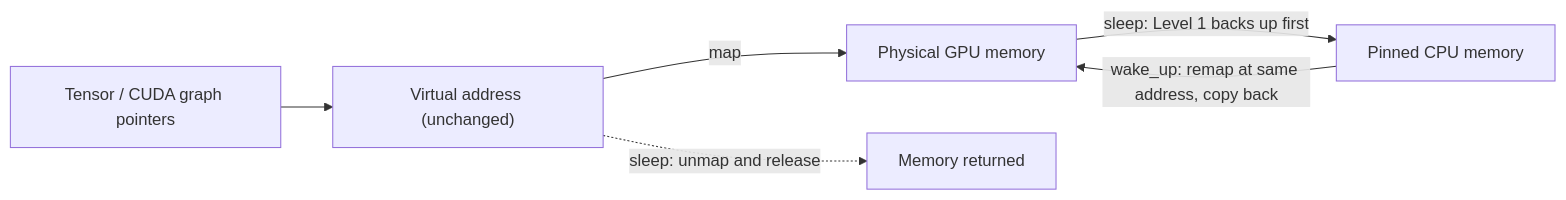
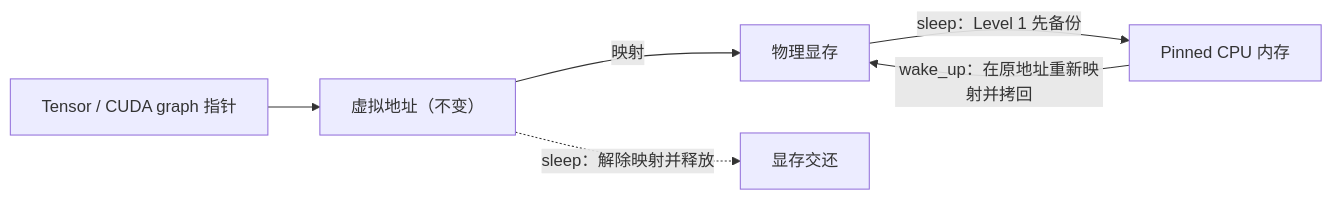
Before and after one commit to lxy-alexander/VoidIndex: the diagram in src/content/posts/vllm-sleep-mode.md, drawn with Mermaid. The commit also changed other lines of this file and 4 other files, not shown here.

````diff
--- a/src/content/posts/vllm-sleep-mode.md
+++ b/src/content/posts/vllm-sleep-mode.md
@@ -37,8 +37,8 @@
 ```mermaid
 flowchart LR
-  T["Tensor / CUDA graph pointers"] --> V["Virtual address (unchanged)"]
-  V -- map --> P["Physical GPU memory"]
-  P -- "sleep: Level 1 backs up first" --> C["Pinned CPU memory"]
-  V -. "sleep: unmap and release" .-> X["Memory returned"]
-  C -- "wake_up: remap at same address, copy back" --> P
+  T["Tensor / CUDA graph 指针"] --> V["虚拟地址（不变）"]
+  V -- 映射 --> P["物理显存"]
+  P -- "sleep：Level 1 先备份" --> C["Pinned CPU 内存"]
+  V -. "sleep：解除映射并释放" .-> X["显存交还"]
+  C -- "wake_up：在原地址重新映射并拷回" --> P
 ```
````
